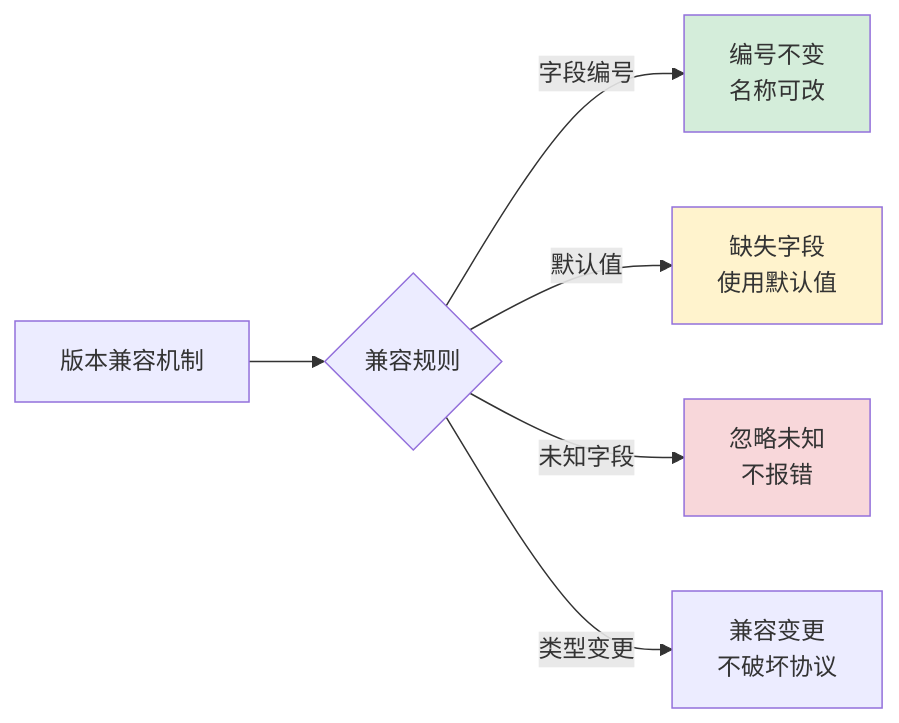
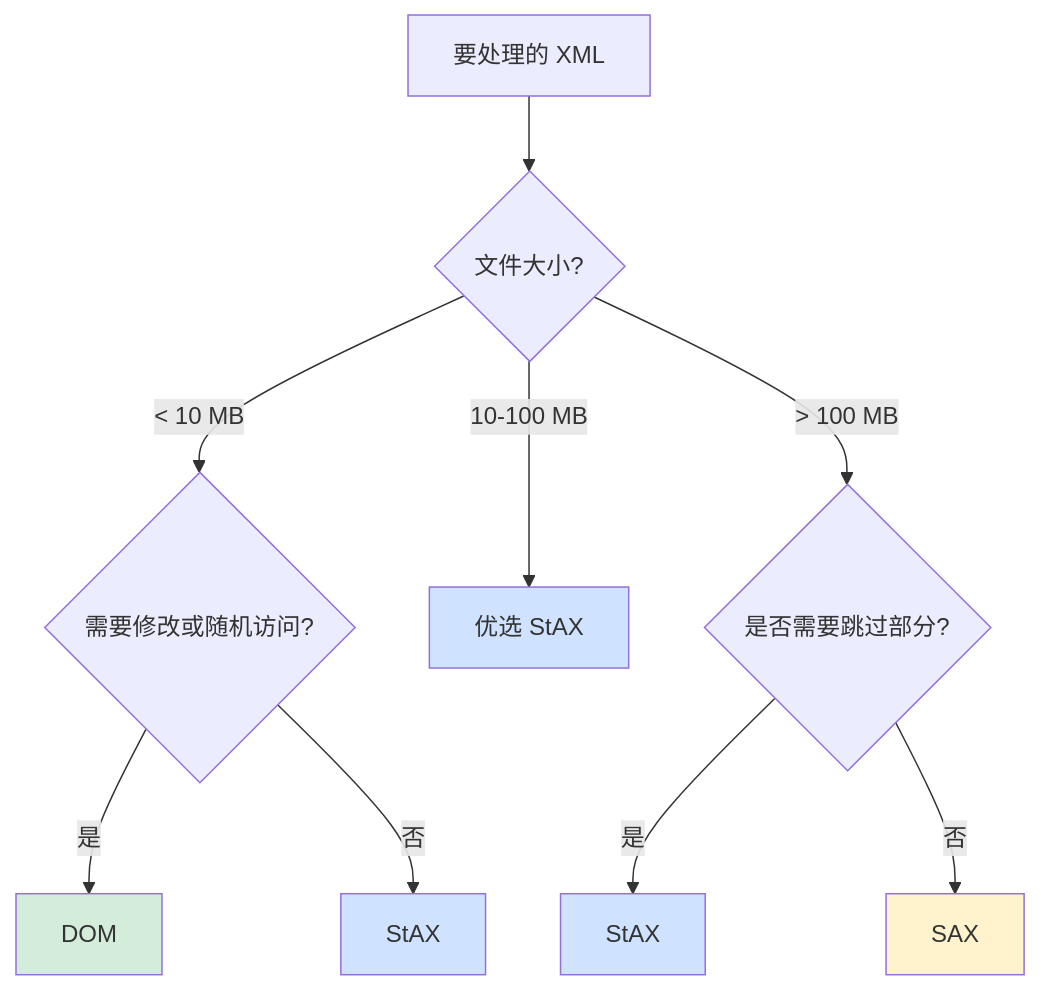
Before and after one commit to chongyang211/YCBookBlog: diagram 18 of 24 in 00.通用技术的提升/02.程序编程原理/05.序列化数据的思想.md, drawn with Mermaid. The commit also changed other lines of this file and 6 other files, not shown here.

````diff
--- a/00.通用技术的提升/02.程序编程原理/05.序列化数据的思想.md
+++ b/00.通用技术的提升/02.程序编程原理/05.序列化数据的思想.md
@@ -1863,12 +2316,19 @@
 ```mermaid
-graph LR
-    A[版本兼容机制] --> B{兼容规则}
-    B -->|字段编号| C[编号不变<br/>名称可改]
-    B -->|默认值| D[缺失字段<br/>使用默认值]
-    B -->|未知字段| E[忽略未知<br/>不报错]
-    B -->|类型变更| F[兼容变更<br/>不破坏协议]
+flowchart TD
+    A[要处理的 XML] --> B{文件大小?}
+    B -->|< 10 MB| C{需要修改或随机访问?}
+    B -->|10-100 MB| D[优选 StAX]
+    B -->|> 100 MB| E{是否需要跳过部分?}
     
-    style C fill:#d4edda
-    style D fill:#fff3cd
-    style E fill:#f8d7da
+    C -->|是| F[DOM]
+    C -->|否| G[StAX]
+    
+    E -->|是| H[StAX]
+    E -->|否| I[SAX]
+
+    style F fill:#d4edda
+    style G fill:#cfe2ff
+    style D fill:#cfe2ff
+    style H fill:#cfe2ff
+    style I fill:#fff3cd
 ```
````
